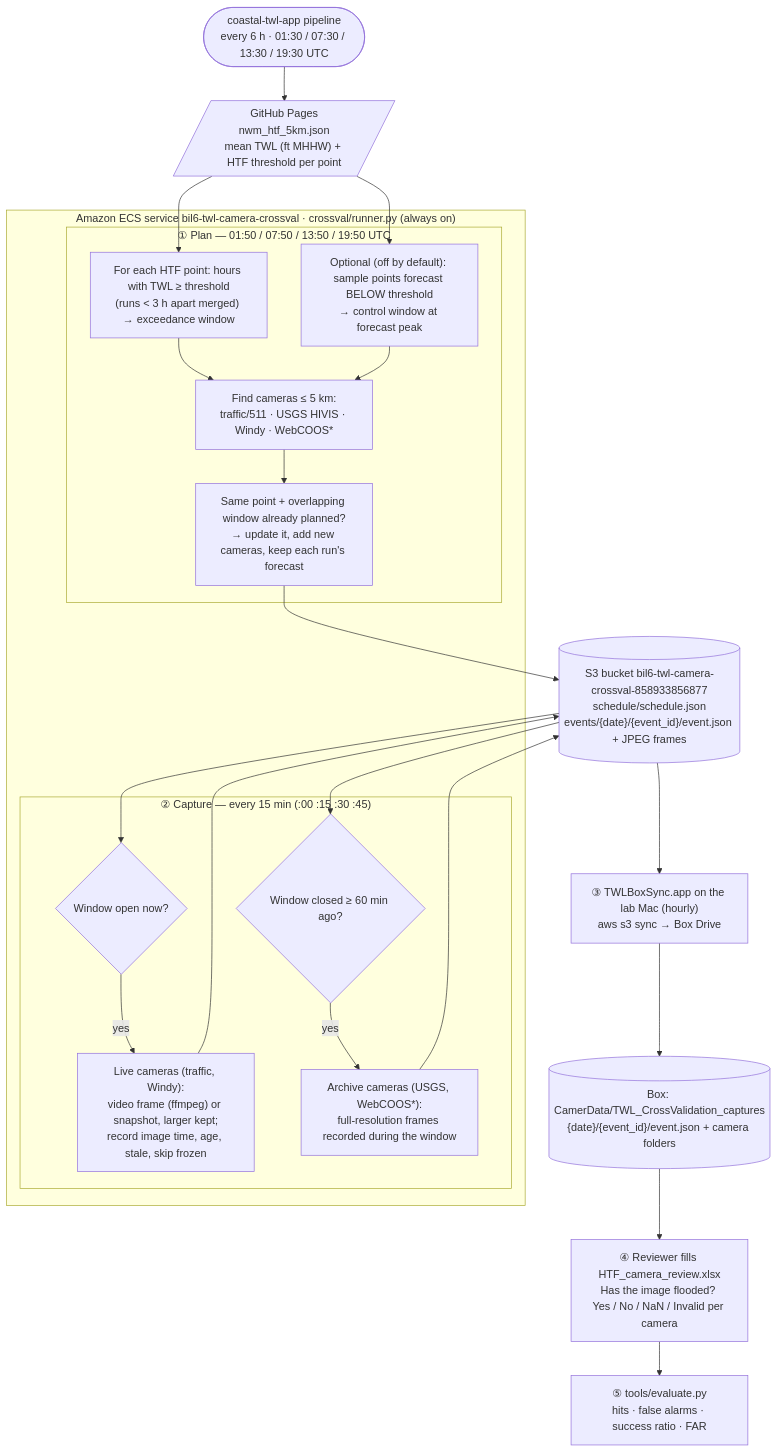
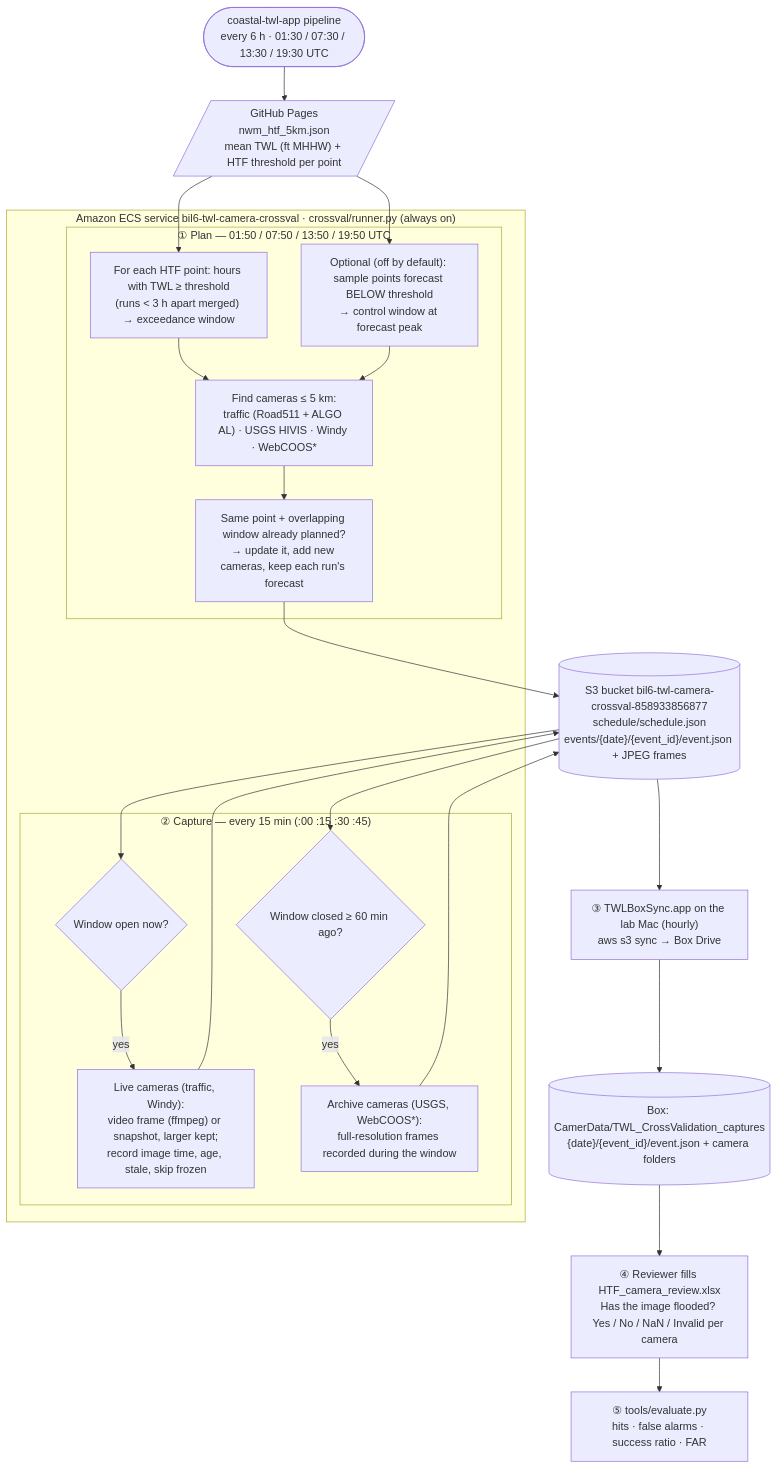
One commit to Ehsankahrizi/TWL_Camera_CrossValidation changed the diagram in README.md. Above: the diagram before and after it, drawn with Mermaid. The commit also changed other lines of this file and 1 other file, not shown here.

Commit message:
Add Alabama traffic cameras from ALDOT's ALGO Traffic API
Road511 carries no Alabama cameras. ALGO Traffic publishes 637 (628 public),
61 of them within 5 km of HTF points around Mobile Bay. They join the
Road511 cameras in traffic_near, so the nearest five per event are kept.
Only the 1280x720 snapshot is used: the HLS streams are DRM-encrypted and
ffmpeg hangs on them.

````diff
--- a/README.md
+++ b/README.md
@@ -16,36 +16,36 @@
 ```mermaid
 flowchart TD
     TWL(["coastal-twl-app pipeline<br/>every 6 h · 01:30 / 07:30 / 13:30 / 19:30 UTC"])
     TWL --> PAGES[/"GitHub Pages<br/>nwm_htf_5km.json<br/>mean TWL (ft MHHW) + HTF threshold per point"/]
 
     subgraph ECS["Amazon ECS service bil6-twl-camera-crossval · crossval/runner.py (always on)"]
         subgraph PLAN["① Plan — 01:50 / 07:50 / 13:50 / 19:50 UTC"]
             P1["For each HTF point: hours with TWL ≥ threshold<br/>(runs < 3 h apart merged) → exceedance window"]
             P2["Optional (off by default): sample points forecast BELOW threshold<br/>→ control window at forecast peak"]
-            P3["Find cameras ≤ 5 km:<br/>traffic/511 · USGS HIVIS · Windy · WebCOOS*"]
+            P3["Find cameras ≤ 5 km:<br/>traffic (Road511 + ALGO AL) · USGS HIVIS · Windy · WebCOOS*"]
             P4["Same point + overlapping window already planned?<br/>→ update it, add new cameras, keep each run's forecast"]
             P1 --> P3
             P2 --> P3 --> P4
         end
         subgraph CAP["② Capture — every 15 min (:00 :15 :30 :45)"]
             C1{"Window open now?"}
             C2["Live cameras (traffic, Windy):<br/>video frame (ffmpeg) or snapshot, larger kept;<br/>record image time, age, stale, skip frozen"]
             C3{"Window closed ≥ 60 min ago?"}
             C4["Archive cameras (USGS, WebCOOS*):<br/>full-resolution frames recorded during the window"]
             C1 -- yes --> C2
             C3 -- yes --> C4
         end
     end
     PAGES --> P1
     PAGES --> P2
     P4 --> S3[("S3 bucket bil6-twl-camera-crossval-858933856877<br/>schedule/schedule.json<br/>events/{date}/{event_id}/event.json + JPEG frames")]
     S3 --> C1
     S3 --> C3
     C2 --> S3
     C4 --> S3
 
     S3 --> SYNC["③ TWLBoxSync.app on the lab Mac (hourly)<br/>aws s3 sync → Box Drive"]
     SYNC --> BOX[("Box: CamerData/TWL_CrossValidation_captures<br/>{date}/{event_id}/event.json + camera folders")]
     BOX --> LAB["④ Reviewer fills HTF_camera_review.xlsx<br/>Has the image flooded? Yes / No / NaN / Invalid per camera"]
     LAB --> EVAL["⑤ tools/evaluate.py<br/>hits · false alarms · success ratio · FAR"]
 ```
````
